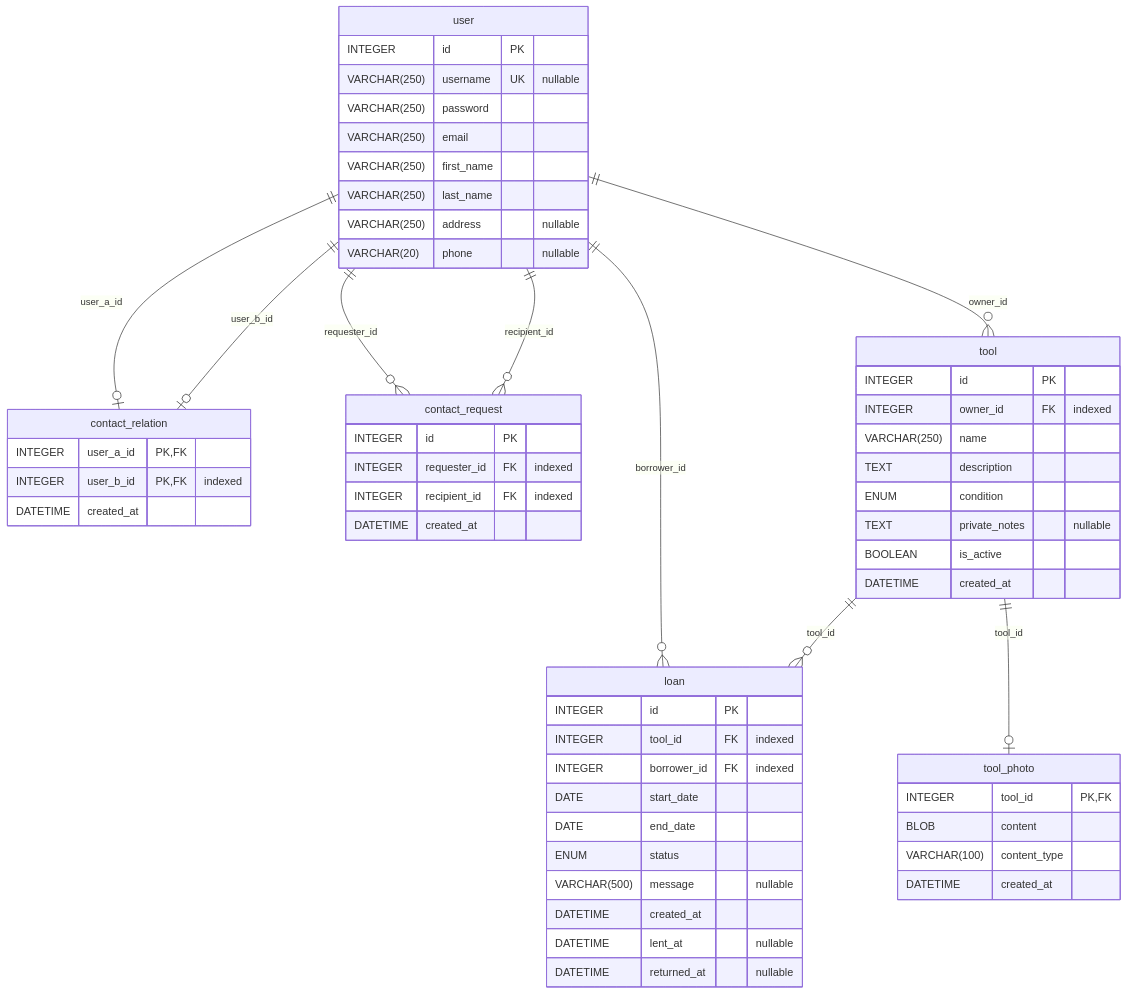
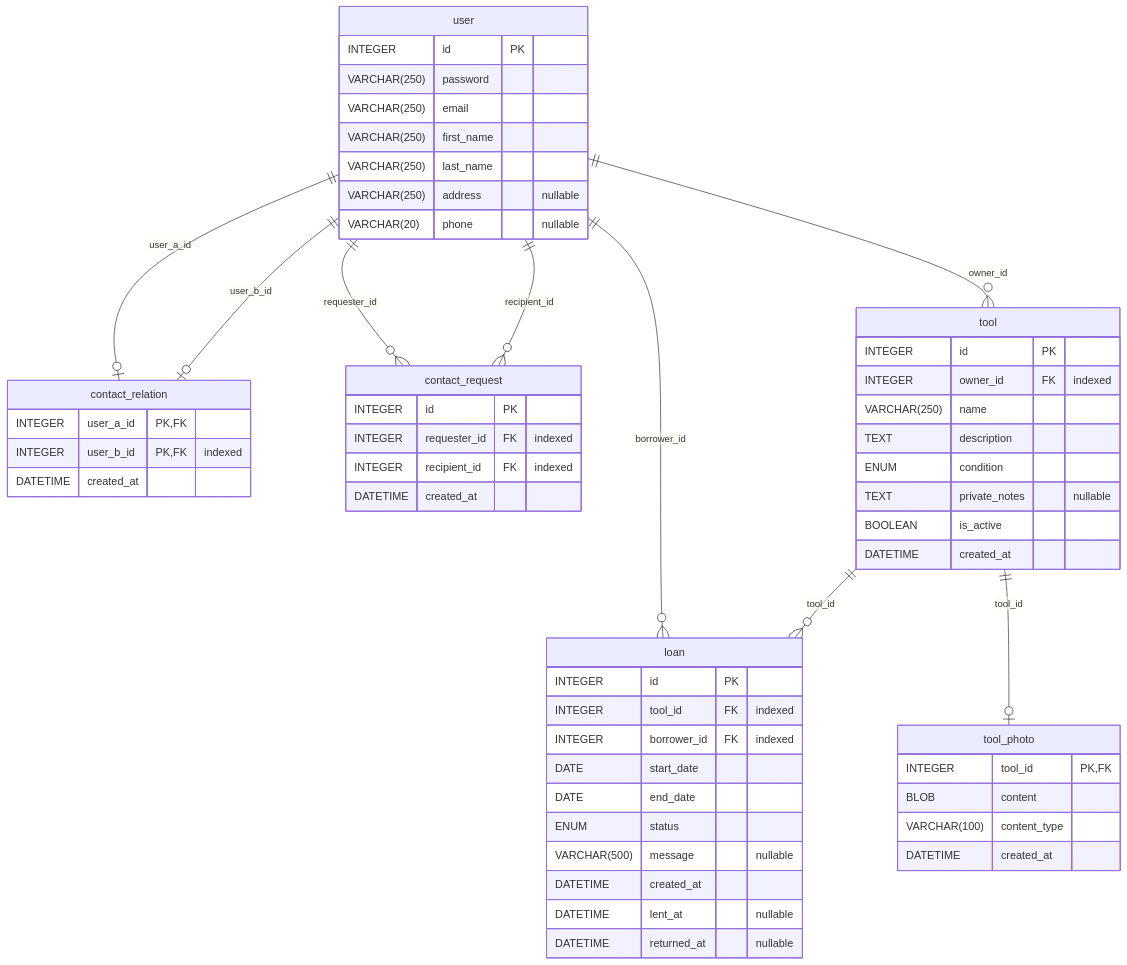
Before and after one commit to gcharland1/outillerie: the diagram in docs/schema.md, drawn with Mermaid. The commit also changed 10 other files, not shown here.

````diff
--- a/docs/schema.md
+++ b/docs/schema.md
@@ -9,67 +9,66 @@
 ```mermaid
 erDiagram
   contact_relation {
     INTEGER user_a_id PK,FK
     INTEGER user_b_id PK,FK "indexed"
     DATETIME created_at
   }
 
   contact_request {
     INTEGER id PK
     INTEGER requester_id FK "indexed"
     INTEGER recipient_id FK "indexed"
     DATETIME created_at
   }
 
   loan {
     INTEGER id PK
     INTEGER tool_id FK "indexed"
     INTEGER borrower_id FK "indexed"
     DATE start_date
     DATE end_date
     ENUM status
     VARCHAR(500) message "nullable"
     DATETIME created_at
     DATETIME lent_at "nullable"
     DATETIME returned_at "nullable"
   }
 
   tool {
     INTEGER id PK
     INTEGER owner_id FK "indexed"
     VARCHAR(250) name
     TEXT description
     ENUM condition
     TEXT private_notes "nullable"
     BOOLEAN is_active
     DATETIME created_at
   }
 
   tool_photo {
     INTEGER tool_id PK,FK
     BLOB content
     VARCHAR(100) content_type
     DATETIME created_at
   }
 
   user {
     INTEGER id PK
-    VARCHAR(250) username UK "nullable"
     VARCHAR(250) password
     VARCHAR(250) email
     VARCHAR(250) first_name
     VARCHAR(250) last_name
     VARCHAR(250) address "nullable"
     VARCHAR(20) phone "nullable"
   }
 
   user ||--o| contact_relation : user_a_id
   user ||--o| contact_relation : user_b_id
   user ||--o{ contact_request : requester_id
   user ||--o{ contact_request : recipient_id
   tool ||--o{ loan : tool_id
   user ||--o{ loan : borrower_id
   user ||--o{ tool : owner_id
   tool ||--o| tool_photo : tool_id
 
 ```
````
